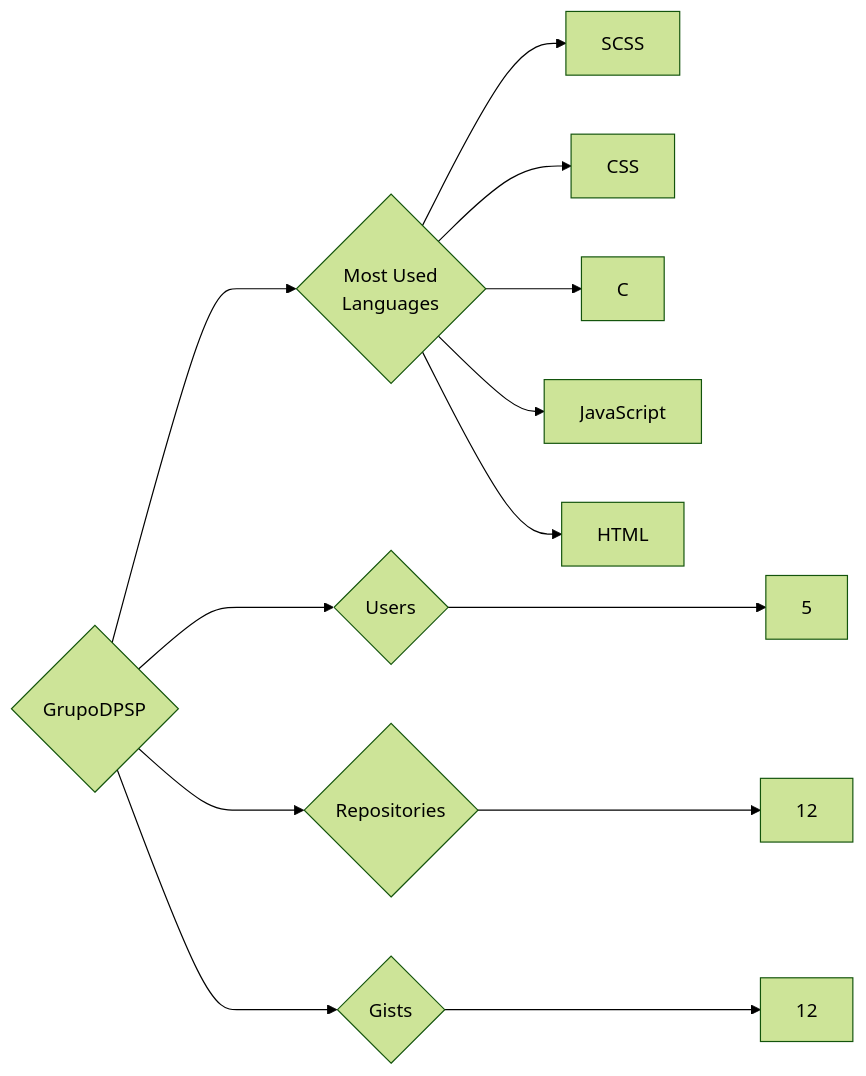
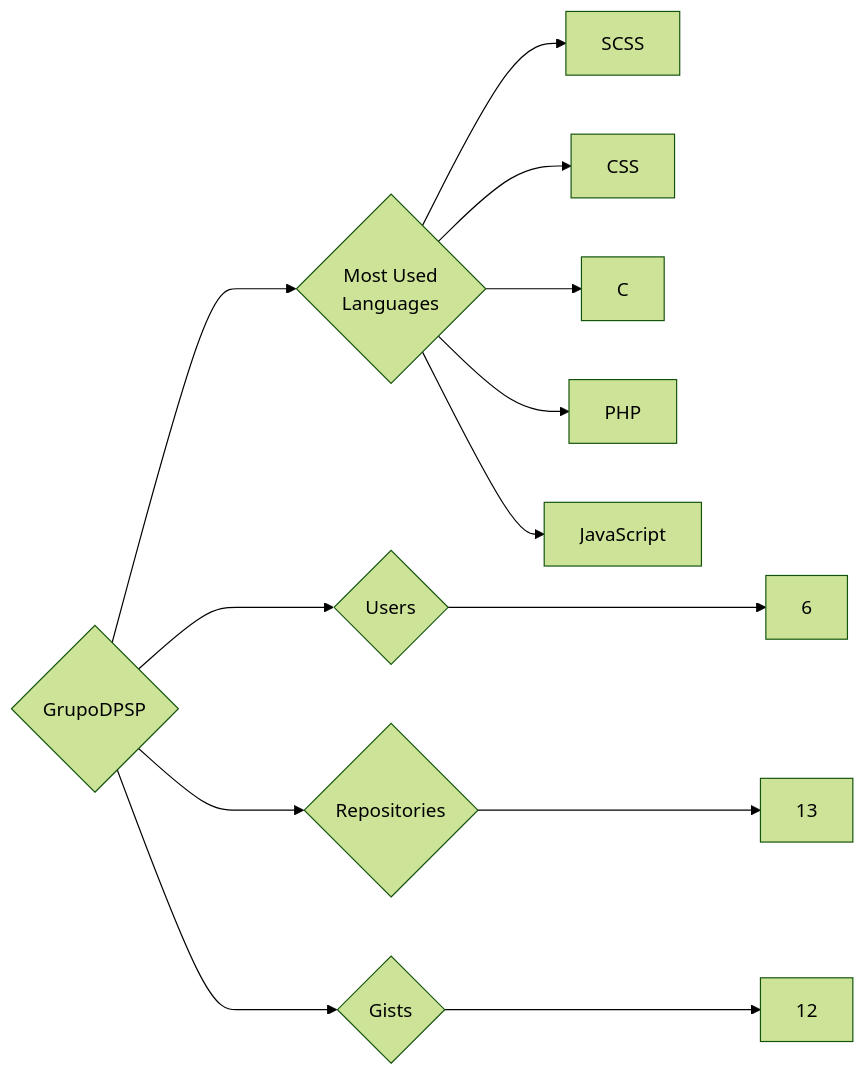
The diagram in targets/GrupoDPSP/README.md (trickest/insiders), drawn with Mermaid (forest theme) before and after one commit. The commit also changed 934 other files, not shown here.

````diff
--- a/targets/GrupoDPSP/README.md
+++ b/targets/GrupoDPSP/README.md
@@ -3,13 +3,13 @@
 ```mermaid
 graph LR
 COMPANY_NAME{GrupoDPSP}
-COMPANY_NAME ---> U{Users} ---> UN[5]
-COMPANY_NAME ---> R{Repositories} ---> RN[12]
+COMPANY_NAME ---> U{Users} ---> UN[6]
+COMPANY_NAME ---> R{Repositories} ---> RN[13]
 COMPANY_NAME ---> G{Gists} ---> GN[12]
 COMPANY_NAME ---> ML{Most Used<br>Languages}
 ML --> SCSS[SCSS]
 ML --> CSS[CSS]
 ML --> C[C]
+ML --> PHP[PHP]
 ML --> JavaScript[JavaScript]
-ML --> HTML[HTML]
 ```
````
